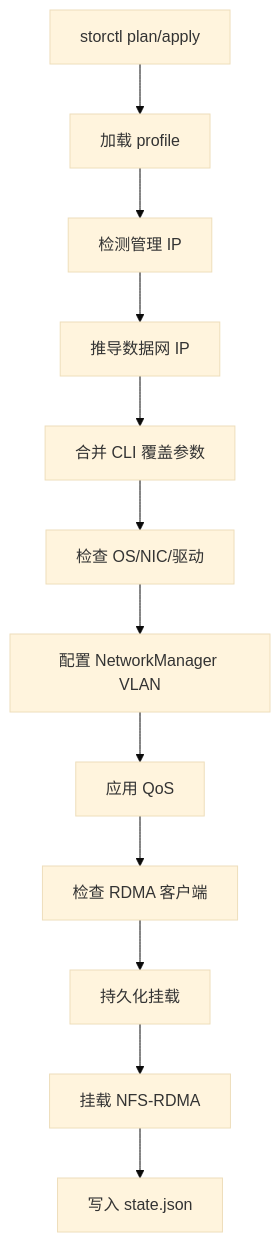
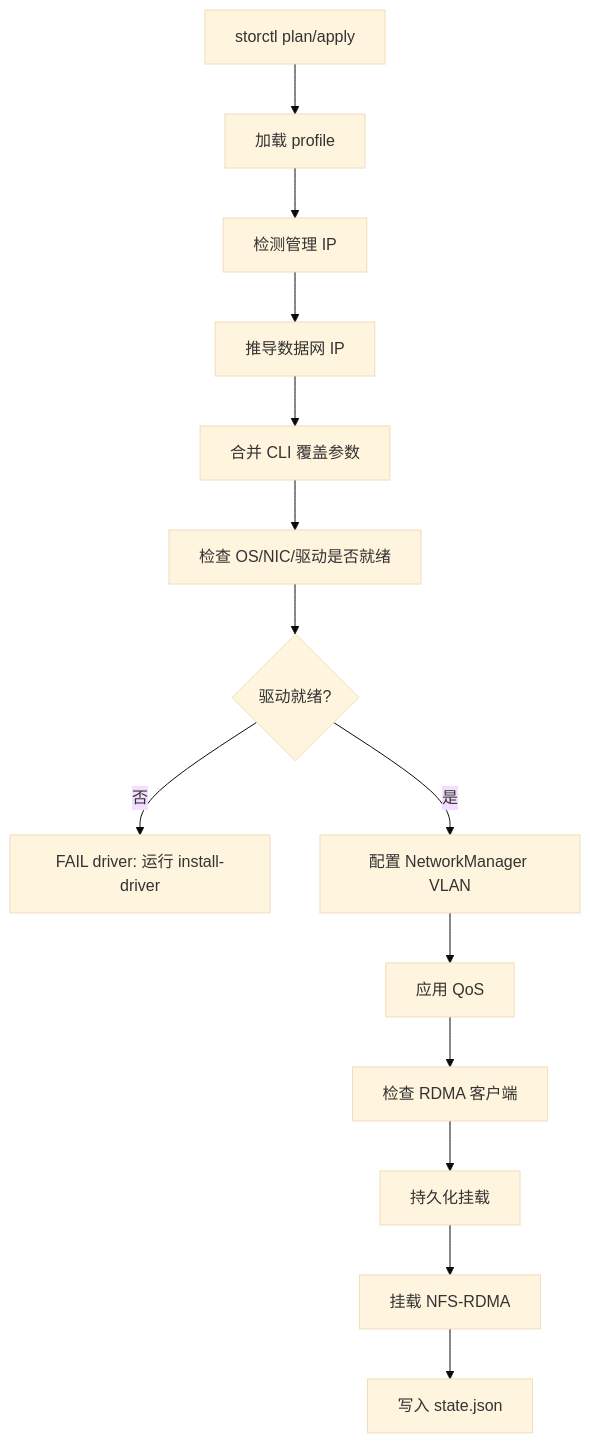
The diagram in README.md (vbhsjd/storctl), drawn with Mermaid (base theme) before and after one commit. The commit also changed other lines of this file and 15 other files, not shown here.

````diff
--- a/README.md
+++ b/README.md
@@ -41,14 +50,16 @@
 ```mermaid
 flowchart TD
   A["storctl plan/apply"] --> B["加载 profile"]
   B --> C["检测管理 IP"]
   C --> D["推导数据网 IP"]
   D --> E["合并 CLI 覆盖参数"]
-  E --> F["检查 OS/NIC/驱动"]
-  F --> G["配置 NetworkManager VLAN"]
-  G --> H["应用 QoS"]
-  H --> I["检查 RDMA 客户端"]
-  I --> J["持久化挂载"]
-  J --> K["挂载 NFS-RDMA"]
-  K --> L["写入 state.json"]
+  E --> F["检查 OS/NIC/驱动是否就绪"]
+  F --> G{"驱动就绪?"}
+  G -- "否" --> H["FAIL driver: 运行 install-driver"]
+  G -- "是" --> I["配置 NetworkManager VLAN"]
+  I --> J["应用 QoS"]
+  J --> K["检查 RDMA 客户端"]
+  K --> L["持久化挂载"]
+  L --> M["挂载 NFS-RDMA"]
+  M --> N["写入 state.json"]
 ```
````
